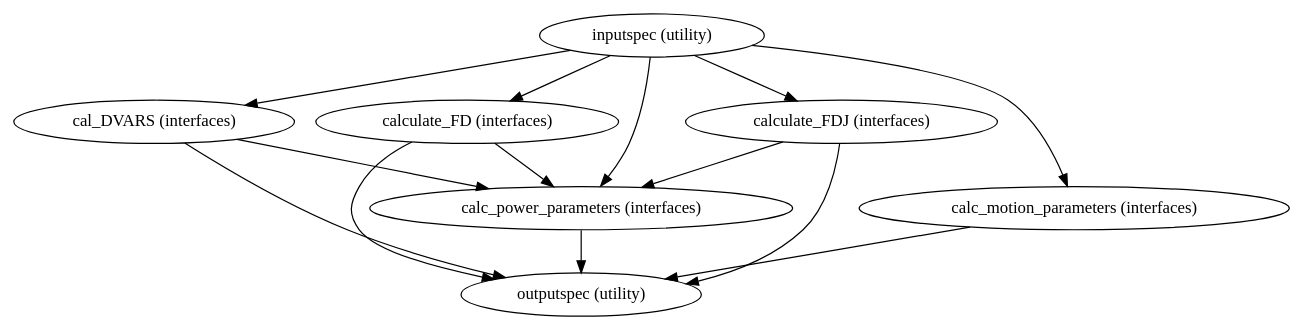
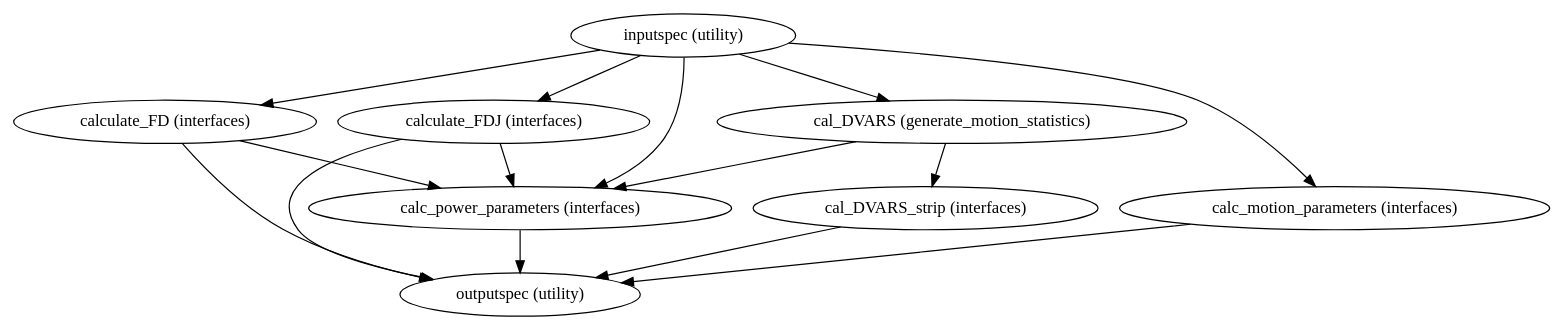
One commit to FCP-INDI/fcp-indi.github.io changed the diagram in docs/nightly/developer/workflows/images/generated/motion_statistics.dot. Above: the diagram before and after it, drawn with Graphviz. The commit also changed 248 other files, not shown here.

```diff
--- a/docs/nightly/developer/workflows/images/generated/motion_statistics.dot
+++ b/docs/nightly/developer/workflows/images/generated/motion_statistics.dot
@@ -1,22 +1,24 @@
 strict digraph  {
 "inputspec (utility)";
-"cal_DVARS (interfaces)";
+"cal_DVARS (generate_motion_statistics)";
 "calculate_FD (interfaces)";
 "calculate_FDJ (interfaces)";
 "calc_motion_parameters (interfaces)";
 "calc_power_parameters (interfaces)";
+"cal_DVARS_strip (interfaces)";
 "outputspec (utility)";
-"inputspec (utility)" -> "cal_DVARS (interfaces)";
+"inputspec (utility)" -> "cal_DVARS (generate_motion_statistics)";
 "inputspec (utility)" -> "calculate_FD (interfaces)";
 "inputspec (utility)" -> "calculate_FDJ (interfaces)";
 "inputspec (utility)" -> "calc_motion_parameters (interfaces)";
 "inputspec (utility)" -> "calc_power_parameters (interfaces)";
-"cal_DVARS (interfaces)" -> "outputspec (utility)";
-"cal_DVARS (interfaces)" -> "calc_power_parameters (interfaces)";
+"cal_DVARS (generate_motion_statistics)" -> "cal_DVARS_strip (interfaces)";
+"cal_DVARS (generate_motion_statistics)" -> "calc_power_parameters (interfaces)";
 "calculate_FD (interfaces)" -> "outputspec (utility)";
 "calculate_FD (interfaces)" -> "calc_power_parameters (interfaces)";
 "calculate_FDJ (interfaces)" -> "outputspec (utility)";
 "calculate_FDJ (interfaces)" -> "calc_power_parameters (interfaces)";
 "calc_motion_parameters (interfaces)" -> "outputspec (utility)";
 "calc_power_parameters (interfaces)" -> "outputspec (utility)";
+"cal_DVARS_strip (interfaces)" -> "outputspec (utility)";
 }
```
